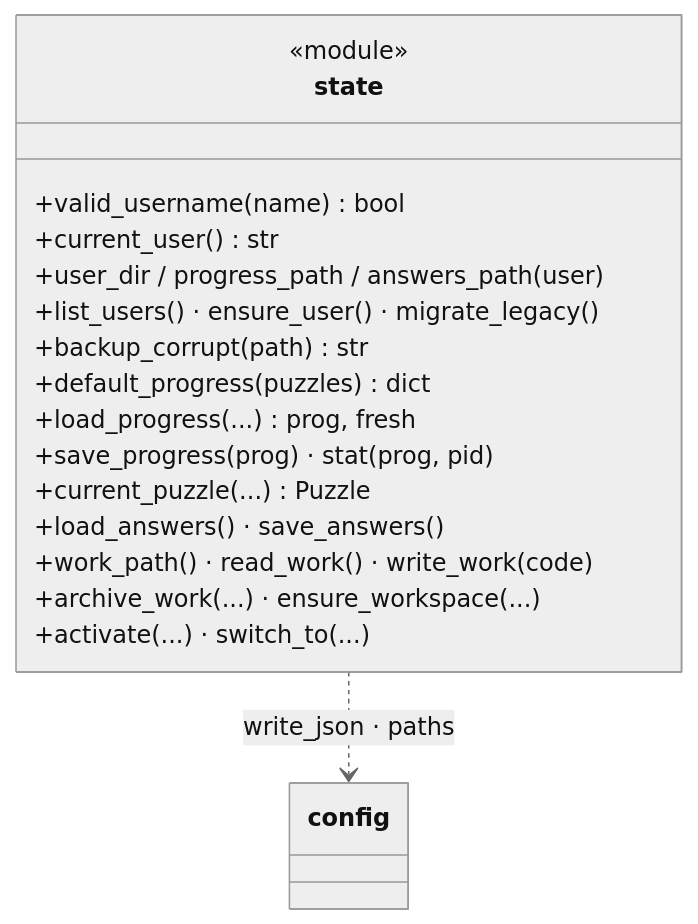
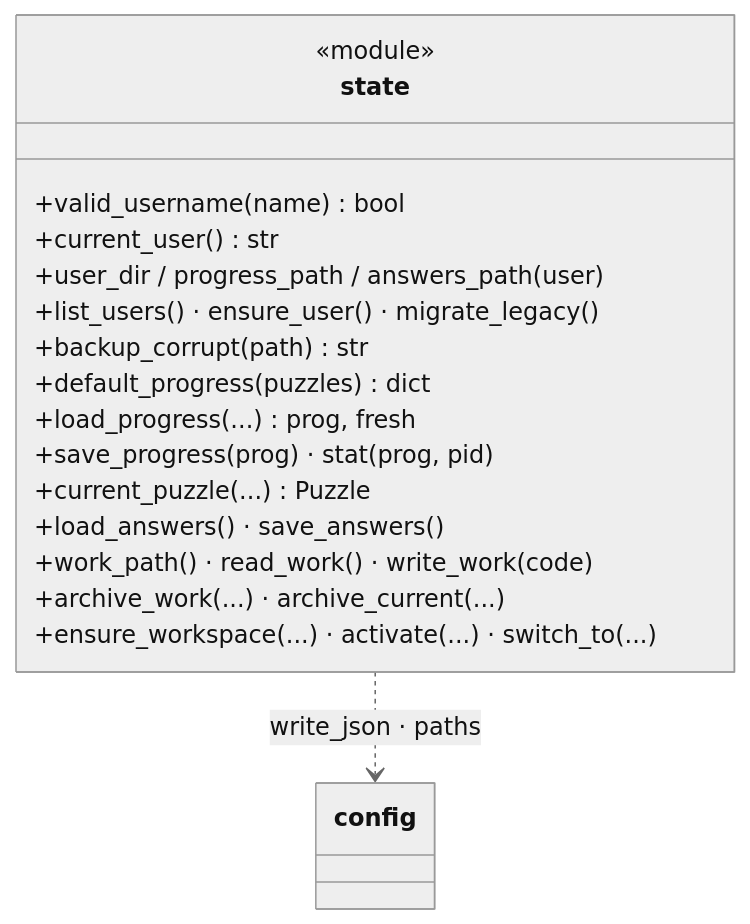
The sixth of 9 diagrams in docs/architecture/engine-core.md (N041M/PyQuest), drawn with Mermaid (neutral theme) before and after one commit. The commit also changed other lines of this file and 9 other files, not shown here.

````diff
--- a/docs/architecture/engine-core.md
+++ b/docs/architecture/engine-core.md
@@ -141,20 +142,20 @@
 ```mermaid
 classDiagram
     class state {
         <<module>>
         +valid_username(name) bool
         +current_user() str
         +user_dir / progress_path / answers_path(user)
         +list_users() · ensure_user() · migrate_legacy()
         +backup_corrupt(path) str
         +default_progress(puzzles) dict
         +load_progress(...) prog, fresh
         +save_progress(prog) · stat(prog, pid)
         +current_puzzle(...) Puzzle
         +load_answers() · save_answers()
         +work_path() · read_work() · write_work(code)
-        +archive_work(...) · ensure_workspace(...)
-        +activate(...) · switch_to(...)
+        +archive_work(...) · archive_current(...)
+        +ensure_workspace(...) · activate(...) · switch_to(...)
     }
     state ..> config : write_json · paths
 ```
````
